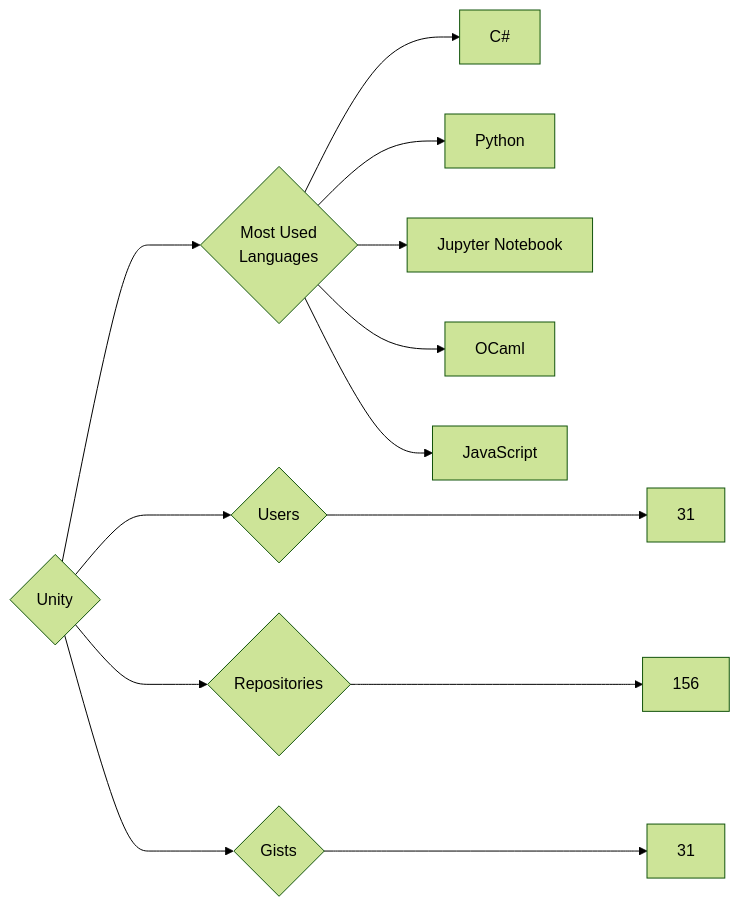
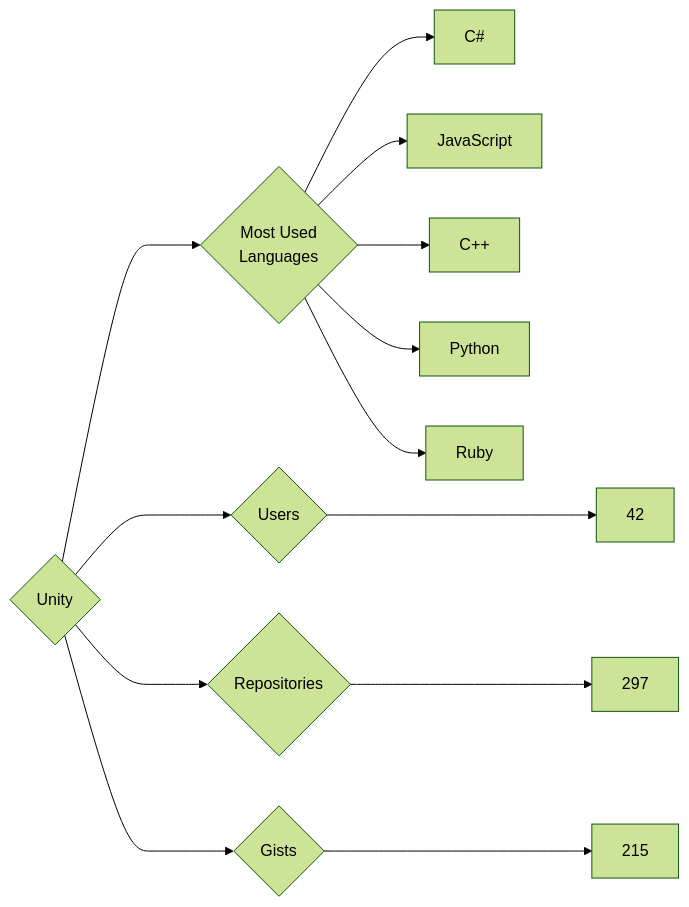
Before and after one commit to trickest/insiders: the diagram in targets/Unity/README.md, drawn with Mermaid (forest theme). The commit also changed 860 other files, not shown here.

````diff
--- a/targets/Unity/README.md
+++ b/targets/Unity/README.md
@@ -3,13 +3,13 @@
 ```mermaid
 graph LR
 COMPANY_NAME{Unity}
-COMPANY_NAME ---> U{Users} ---> UN[31]
-COMPANY_NAME ---> R{Repositories} ---> RN[156]
-COMPANY_NAME ---> G{Gists} ---> GN[31]
+COMPANY_NAME ---> U{Users} ---> UN[42]
+COMPANY_NAME ---> R{Repositories} ---> RN[297]
+COMPANY_NAME ---> G{Gists} ---> GN[215]
 COMPANY_NAME ---> ML{Most Used<br>Languages}
 ML --> C#[C#]
+ML --> JavaScript[JavaScript]
+ML --> C++[C++]
 ML --> Python[Python]
-ML --> Jupyter_Notebook[Jupyter Notebook]
-ML --> OCaml[OCaml]
-ML --> JavaScript[JavaScript]
+ML --> Ruby[Ruby]
 ```
````
